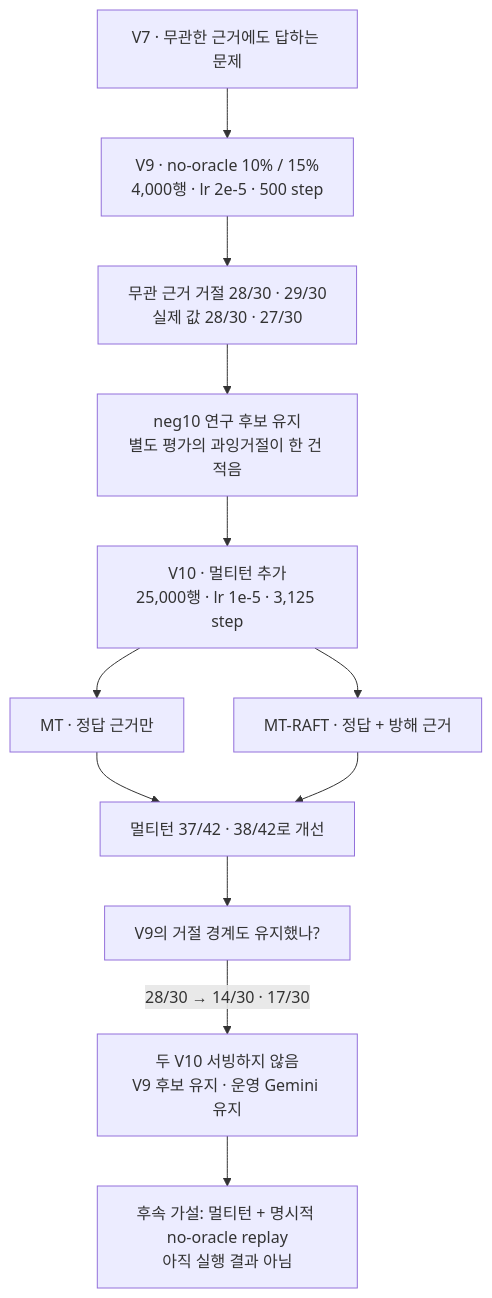
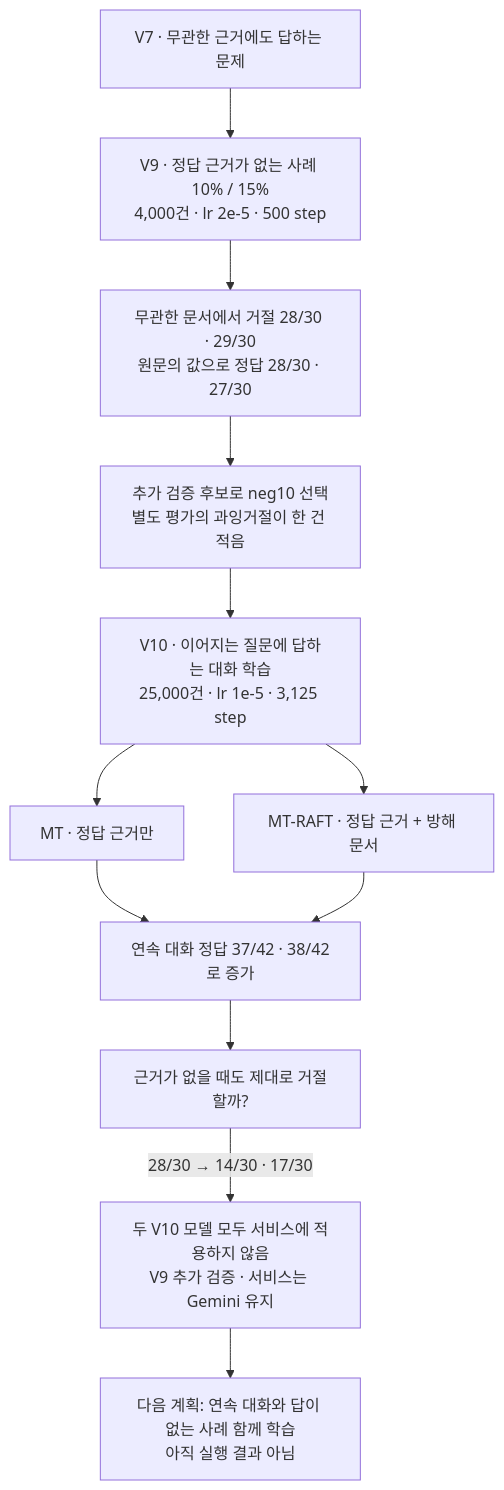
The diagram in assets/images/diagrams/myscdoc-decisions/04-v9-v10.mmd (merryAI-dev/merryAI-dev.github.io), drawn with Mermaid before and after one commit. The commit also changed 10 other files, not shown here.

Commit message:
Polish Korean narrative and decision diagram wording

```diff
--- a/assets/images/diagrams/myscdoc-decisions/04-v9-v10.mmd
+++ b/assets/images/diagrams/myscdoc-decisions/04-v9-v10.mmd
@@ -1,18 +1,18 @@
 flowchart TD
- A["V7 · 무관한 근거에도 답하는 문제"] --> V9["V9 · no-oracle 10% / 15%
-4,000행 · lr 2e-5 · 500 step"]
- V9 --> B["무관 근거 거절 28/30 · 29/30
-실제 값 28/30 · 27/30"]
- B --> C["neg10 연구 후보 유지
+ A["V7 · 무관한 근거에도 답하는 문제"] --> V9["V9 · 정답 근거가 없는 사례 10% / 15%
+4,000건 · lr 2e-5 · 500 step"]
+ V9 --> B["무관한 문서에서 거절 28/30 · 29/30
+원문의 값으로 정답 28/30 · 27/30"]
+ B --> C["추가 검증 후보로 neg10 선택
 별도 평가의 과잉거절이 한 건 적음"]
- C --> V10["V10 · 멀티턴 추가
-25,000행 · lr 1e-5 · 3,125 step"]
+ C --> V10["V10 · 이어지는 질문에 답하는 대화 학습
+25,000건 · lr 1e-5 · 3,125 step"]
  V10 --> M["MT · 정답 근거만"]
- V10 --> R["MT-RAFT · 정답 + 방해 근거"]
- M --> Q["멀티턴 37/42 · 38/42로 개선"]
+ V10 --> R["MT-RAFT · 정답 근거 + 방해 문서"]
+ M --> Q["연속 대화 정답 37/42 · 38/42로 증가"]
  R --> Q
- Q --> G["V9의 거절 경계도 유지했나?"]
- G -->|28/30 → 14/30 · 17/30| X["두 V10 서빙하지 않음
-V9 후보 유지 · 운영 Gemini 유지"]
- X --> N["후속 가설: 멀티턴 + 명시적 no-oracle replay
+ Q --> G["근거가 없을 때도 제대로 거절할까?"]
+ G -->|28/30 → 14/30 · 17/30| X["두 V10 모델 모두 서비스에 적용하지 않음
+V9 추가 검증 · 서비스는 Gemini 유지"]
+ X --> N["다음 계획: 연속 대화와 답이 없는 사례 함께 학습
 아직 실행 결과 아님"]
```
